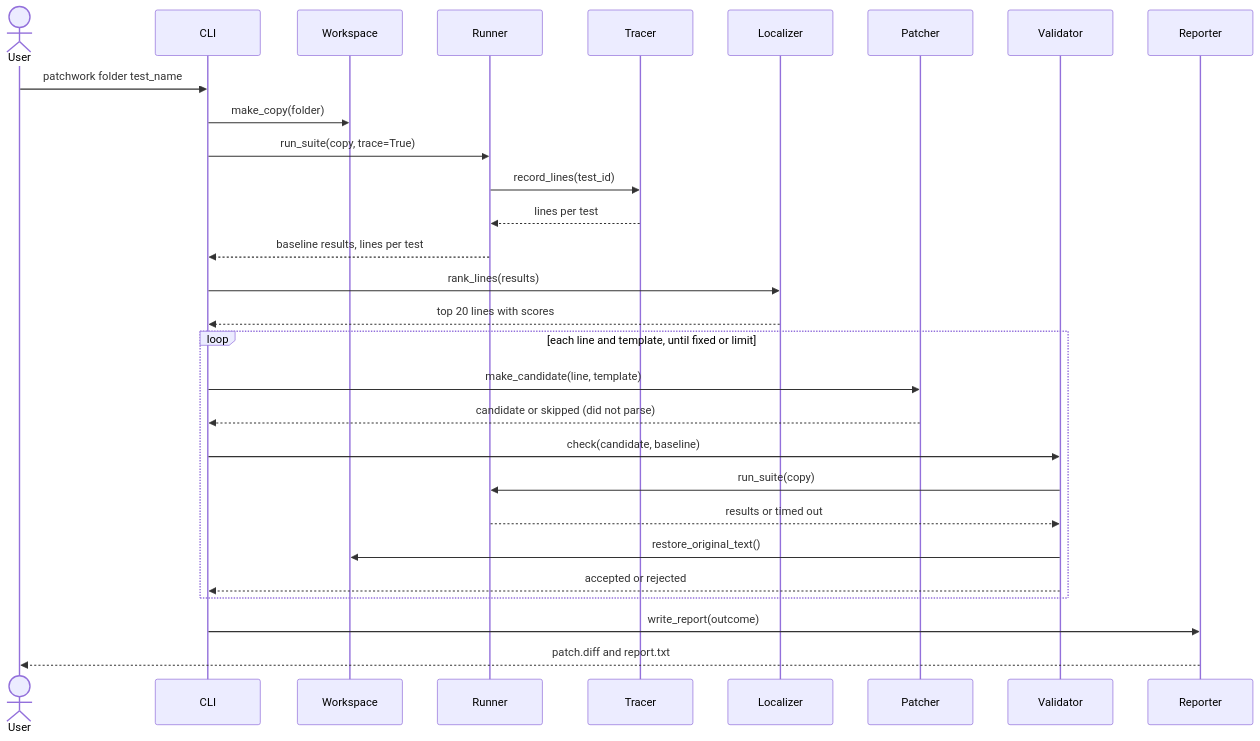
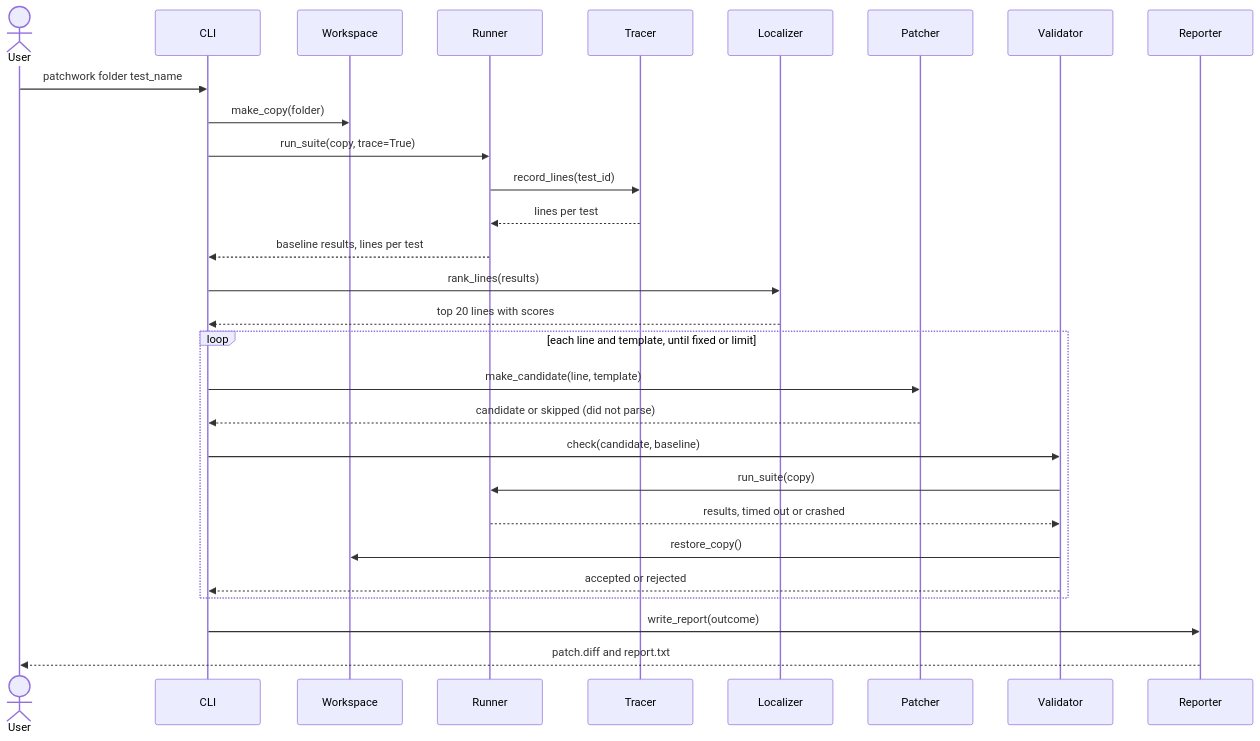
The second of 4 diagrams in docs/FULL_SPEC.md (untzaidsarwar/se-agent), drawn with Mermaid before and after one commit. The commit also changed other lines of this file and 1 other file, not shown here.

````diff
--- a/docs/FULL_SPEC.md
+++ b/docs/FULL_SPEC.md
@@ -127,31 +131,31 @@
 ```mermaid
 sequenceDiagram
   actor User
   participant CLI
   participant Workspace
   participant Runner
   participant Tracer
   participant Localizer
   participant Patcher
   participant Validator
   participant Reporter
   User->>CLI: patchwork folder test_name
   CLI->>Workspace: make_copy(folder)
   CLI->>Runner: run_suite(copy, trace=True)
   Runner->>Tracer: record_lines(test_id)
   Tracer-->>Runner: lines per test
   Runner-->>CLI: baseline results, lines per test
   CLI->>Localizer: rank_lines(results)
   Localizer-->>CLI: top 20 lines with scores
   loop each line and template, until fixed or limit
     CLI->>Patcher: make_candidate(line, template)
     Patcher-->>CLI: candidate or skipped (did not parse)
     CLI->>Validator: check(candidate, baseline)
     Validator->>Runner: run_suite(copy)
-    Runner-->>Validator: results or timed out
-    Validator->>Workspace: restore_original_text()
+    Runner-->>Validator: results, timed out or crashed
+    Validator->>Workspace: restore_copy()
     Validator-->>CLI: accepted or rejected
   end
   CLI->>Reporter: write_report(outcome)
   Reporter-->>User: patch.diff and report.txt
 ```
````
